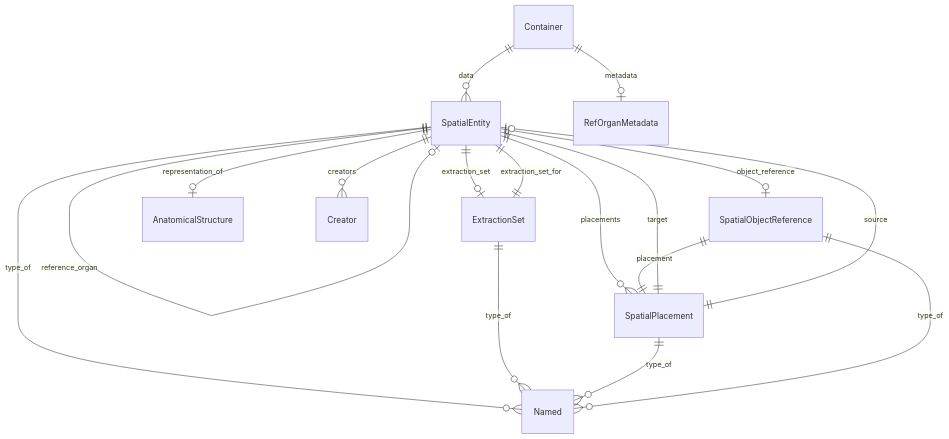
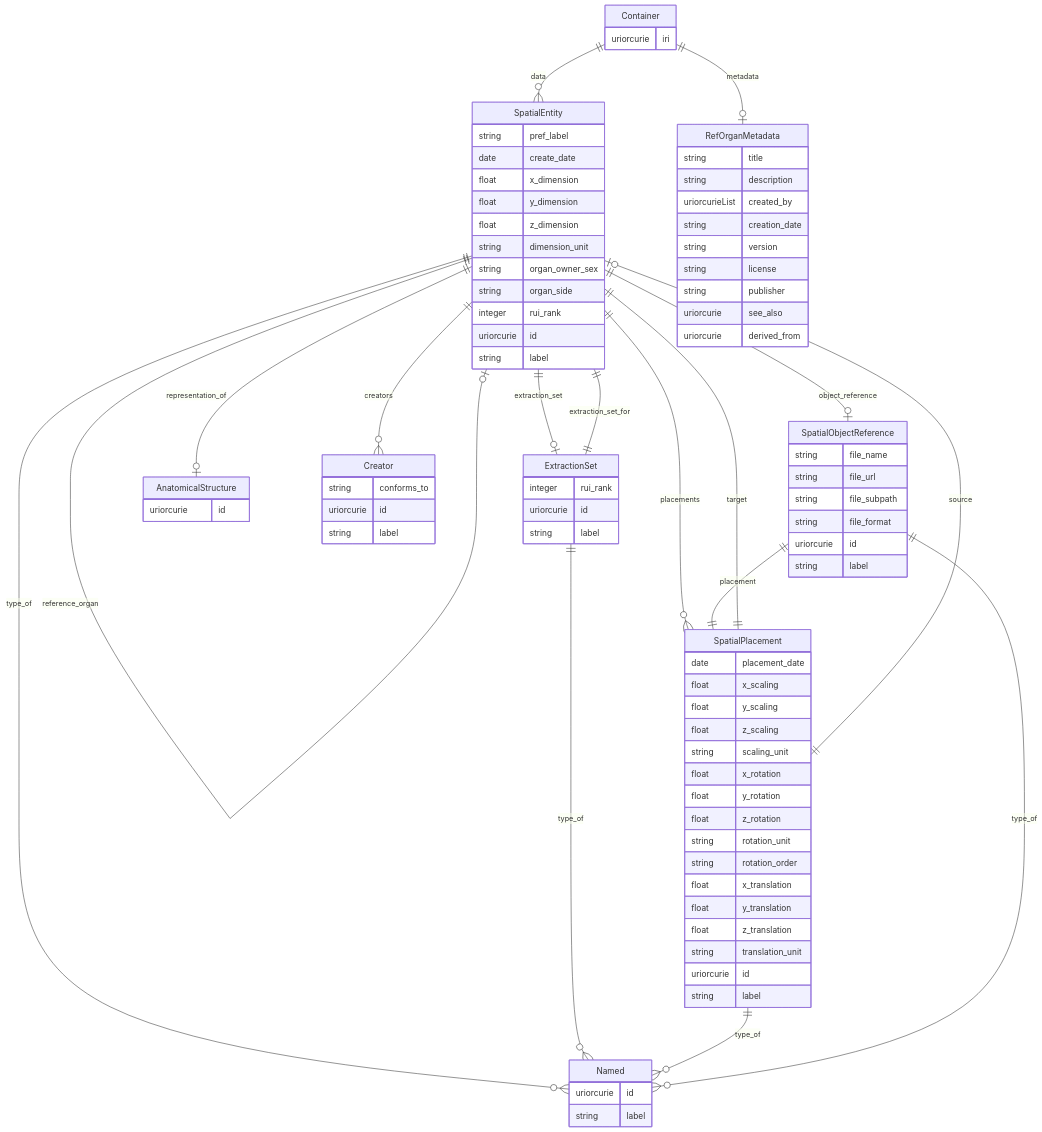
The ninth of 11 diagrams in er-diagrams.md (hubmapconsortium/hra-do-processor), drawn with Mermaid before and after one commit. The commit also changed other lines of this file, not shown here.

Commit message:
ER Diagram update

````diff
--- a/er-diagrams.md
+++ b/er-diagrams.md
@@ -307,31 +525,74 @@
 ```mermaid
 erDiagram
 Container {
-
+    uriorcurie iri  
 }
 SpatialEntity {
-
+    string pref_label  
+    date create_date  
+    float x_dimension  
+    float y_dimension  
+    float z_dimension  
+    string dimension_unit  
+    string organ_owner_sex  
+    string organ_side  
+    integer rui_rank  
+    uriorcurie id  
+    string label  
 }
 Named {
-
+    uriorcurie id  
+    string label  
 }
 ExtractionSet {
-
+    integer rui_rank  
+    uriorcurie id  
+    string label  
 }
 SpatialPlacement {
-
+    date placement_date  
+    float x_scaling  
+    float y_scaling  
+    float z_scaling  
+    string scaling_unit  
+    float x_rotation  
+    float y_rotation  
+    float z_rotation  
+    string rotation_unit  
+    string rotation_order  
+    float x_translation  
+    float y_translation  
+    float z_translation  
+    string translation_unit  
+    uriorcurie id  
+    string label  
 }
 SpatialObjectReference {
-
+    string file_name  
+    string file_url  
+    string file_subpath  
+    string file_format  
+    uriorcurie id  
+    string label  
 }
 AnatomicalStructure {
-
+    uriorcurie id  
 }
 Creator {
-
+    string conforms_to  
+    uriorcurie id  
+    string label  
 }
 RefOrganMetadata {
-
+    string title  
+    string description  
+    uriorcurieList created_by  
+    string creation_date  
+    string version  
+    string license  
+    string publisher  
+    uriorcurie see_also  
+    uriorcurie derived_from  
 }
 
 Container ||--|o RefOrganMetadata : "metadata"
````
